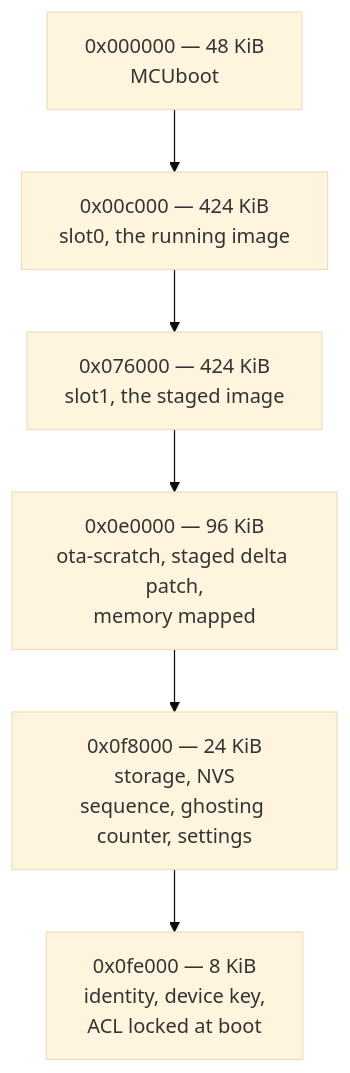
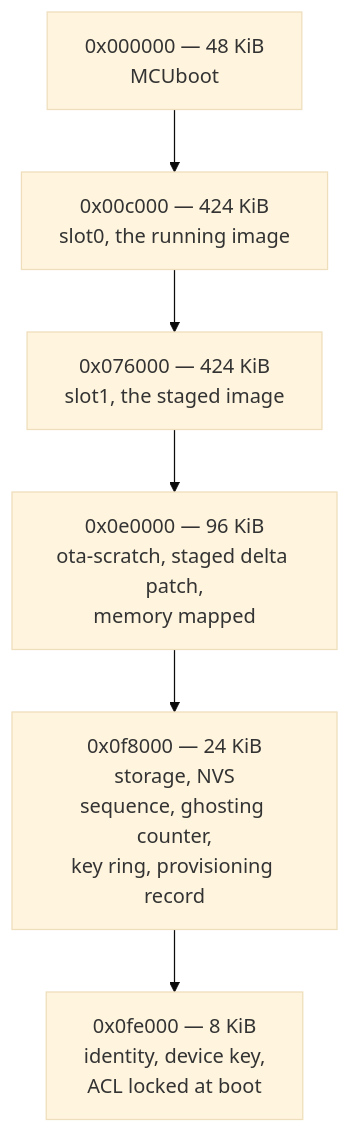
The third of 8 diagrams in docs/architecture/04-block-diagrams.md (udaykishore-resu/usslp-platform), drawn with Mermaid (base theme) before and after one commit. The commit also changed other lines of this file and 16 other files, not shown here.

First line of the commit message:
docs: add a diagram index, and audit every diagram against the code

````diff
--- a/docs/architecture/04-block-diagrams.md
+++ b/docs/architecture/04-block-diagrams.md
@@ -150,10 +157,10 @@
 ```mermaid
 flowchart TB
     p0["0x000000 — 48 KiB<br/>MCUboot"]
     p1["0x00c000 — 424 KiB<br/>slot0, the running image"]
     p2["0x076000 — 424 KiB<br/>slot1, the staged image"]
     p3["0x0e0000 — 96 KiB<br/>ota-scratch, staged delta patch,<br/>memory mapped"]
-    p4["0x0f8000 — 24 KiB<br/>storage, NVS<br/>sequence, ghosting counter, settings"]
+    p4["0x0f8000 — 24 KiB<br/>storage, NVS<br/>sequence, ghosting counter,<br/>key ring, provisioning record"]
     p5["0x0fe000 — 8 KiB<br/>identity, device key,<br/>ACL locked at boot"]
     p0 --> p1 --> p2 --> p3 --> p4 --> p5
 ```
````
